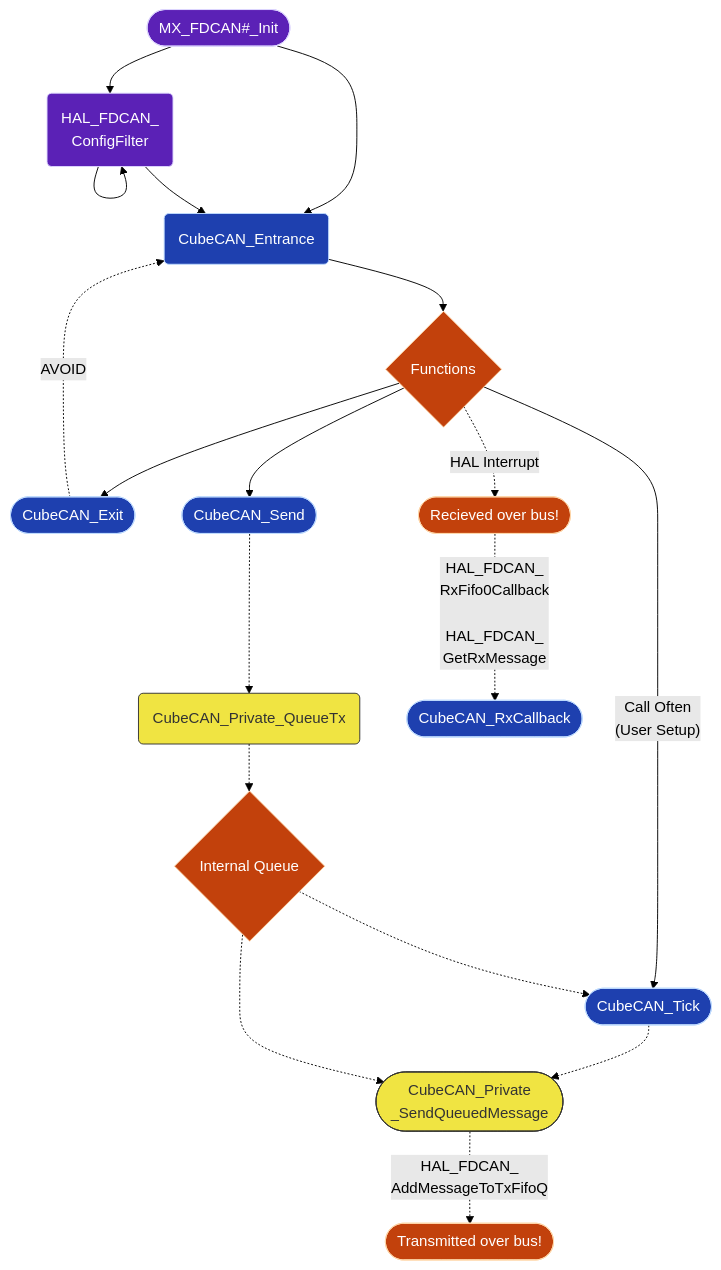
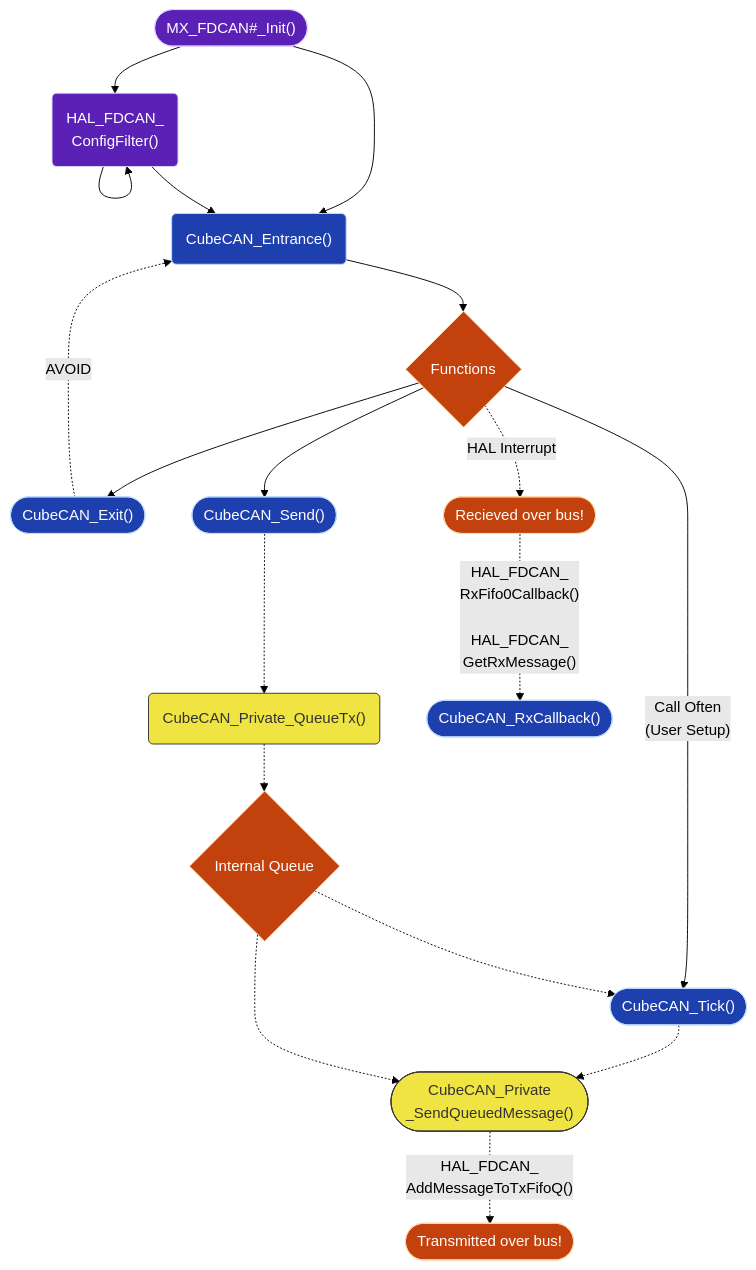
Before and after one commit to Gaucho-Racing/Firmware: the diagram in Lib/Peripherals/CubeCAN/README.md, drawn with Mermaid (forest theme). The commit also changed other lines of this file, not shown here.

````diff
--- a/Lib/Peripherals/CubeCAN/README.md
+++ b/Lib/Peripherals/CubeCAN/README.md
@@ -57,39 +80,39 @@
 ```mermaid
 flowchart TD
     classDef lib fill:#1e40af,stroke:#bfdbfe,color:#ffffff;
     classDef cubemx fill:#5b21b6,stroke:#ddd6fe,color:#ffffff;
     classDef internal fill:#F0E442,stroke:#333,color:#333;
     classDef other fill:#c2410c,stroke:#fed7aa,color:#ffffff;
 
-    MXInit(["MX_FDCAN#_Init"]) -->Entrance("CubeCAN_Entrance")
-    MXInit --> Filter("HAL_FDCAN_\nConfigFilter")
+    MXInit(["MX_FDCAN#_Init()"]) -->Entrance("CubeCAN_Entrance()")
+    MXInit --> Filter("HAL_FDCAN_\nConfigFilter()")
     Filter --> Filter
     Filter --> Entrance
     Entrance --> Choice{"Functions"}
-    Choice --> Exit(["CubeCAN_Exit"])
+    Choice --> Exit(["CubeCAN_Exit()"])
     Exit -.-> |"AVOID"| Entrance
-    Choice --> Send(["CubeCAN_Send"])
-    Choice --> |"Call Often\n(User Setup)"| Tick(["CubeCAN_Tick"])
-    Send -.-> Queue("CubeCAN_Private_QueueTx")
+    Choice --> Send(["CubeCAN_Send()"])
+    Choice --> |"Call Often\n(User Setup)"| Tick(["CubeCAN_Tick()"])
+    Send -.-> Queue("CubeCAN_Private_QueueTx()")
     Data -.-> Tick
     Queue -.-> Data{"Internal Queue"}
-    Tick -.-> Tx(["CubeCAN_Private\n_SendQueuedMessage"])
+    Tick -.-> Tx(["CubeCAN_Private\n_SendQueuedMessage()"])
     Data -.-> Tx
-    Tx -.->|"HAL_FDCAN_\nAddMessageToTxFifoQ"| Sent(["Transmitted over bus!"])
+    Tx -.->|"HAL_FDCAN_\nAddMessageToTxFifoQ()"| Sent(["Transmitted over bus!"])
     Choice -.->|"HAL Interrupt"| Recieved
-    Recieved(["Recieved over bus!"]) -.->|"HAL_FDCAN_\nRxFifo0Callback\n\nHAL_FDCAN_\nGetRxMessage"| Get(["CubeCAN_RxCallback"])
+    Recieved(["Recieved over bus!"]) -.->|"HAL_FDCAN_\nRxFifo0Callback()\n\nHAL_FDCAN_\nGetRxMessage()"| Get(["CubeCAN_RxCallback()"])
 
     class MXInit cubemx;
     class Filter cubemx;
     class Entrance lib;
     class Exit lib;
     class Send lib;
     class Queue internal;
     class Tick lib;
     class Tx internal;
     class Choice other;
     class Data other;
     class Sent other;
     class Recieved other;
     class Get lib;
 ```
````
